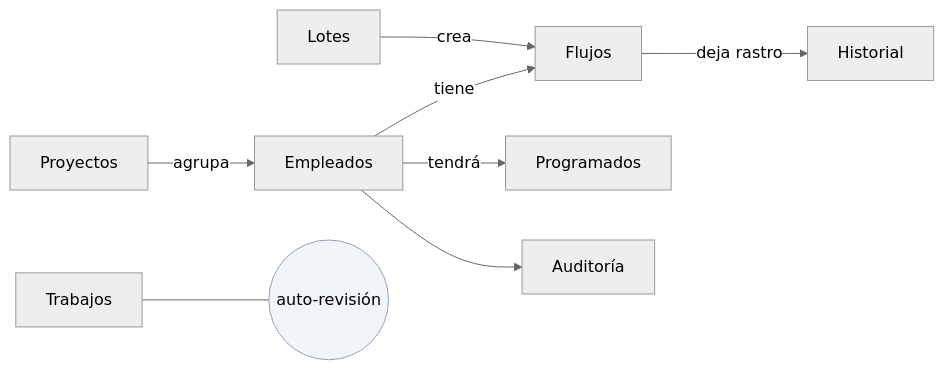
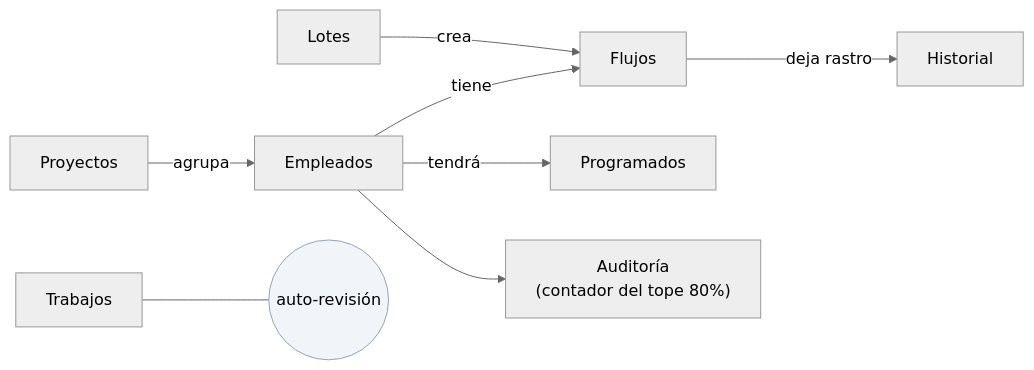
One commit to anlucorporations/superfluid changed the diagram in docs/Manuales/06-Diagrama-Relacional/06-relacional.md. Above: the diagram before and after it, drawn with Mermaid (neutral theme). The commit also changed other lines of this file and 64 other files, not shown here.

First line of the commit message:
Manuales y casos de uso: Portal del Empleado, validacion de wallet y downgrade tope 80% (CU-17)

````diff
--- a/docs/Manuales/06-Diagrama-Relacional/06-relacional.md
+++ b/docs/Manuales/06-Diagrama-Relacional/06-relacional.md
@@ -12,11 +17,11 @@
 ```mermaid
 flowchart LR
     PRO[Proyectos] -->|agrupa| EMP[Empleados]
     EMP -->|tiene| FLO[Flujos]
     EMP -->|tendrá| SCH[Programados]
     BAT[Lotes] -->|crea| FLO
     FLO -->|deja rastro| HIS[Historial]
-    EMP --> AUD[Auditoría]
+    EMP --> AUD["Auditoría<br/>(contador del tope 80%)"]
     JOBS[Trabajos] --- NOTA((auto-revisión))
     style NOTA fill:#f1f5f9,stroke:#94a3b8
 ```
````
